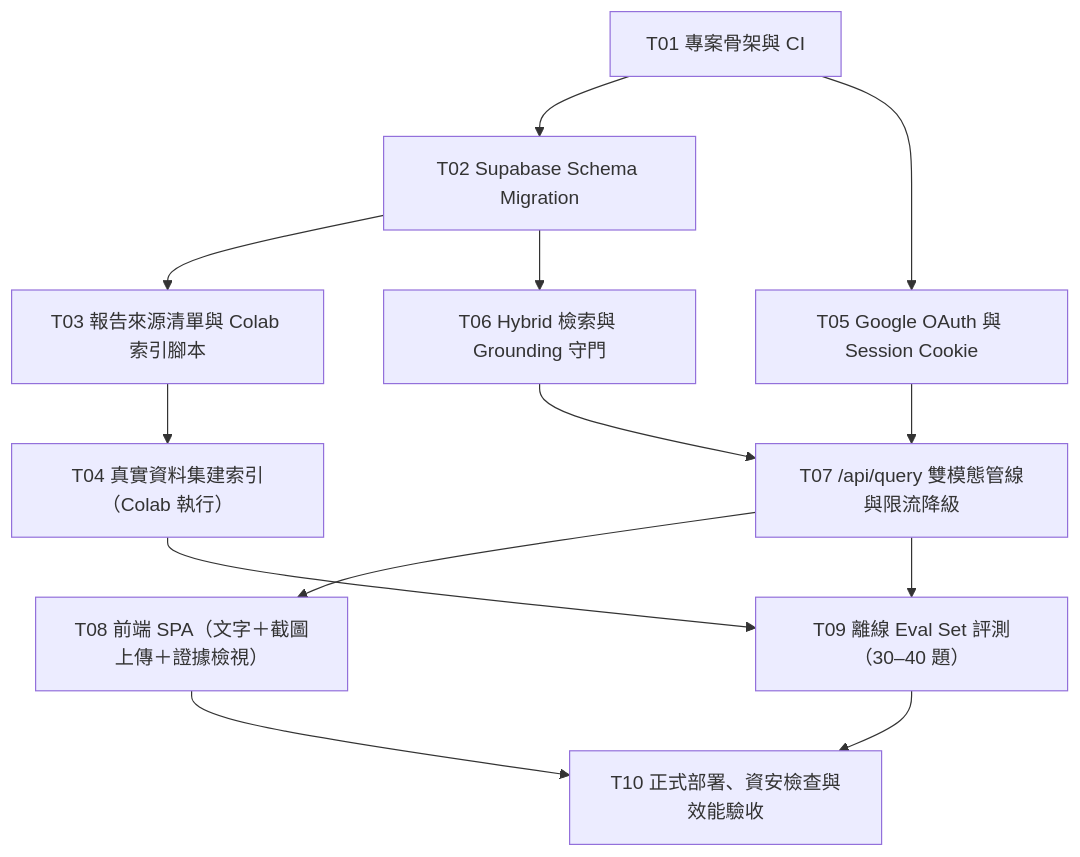
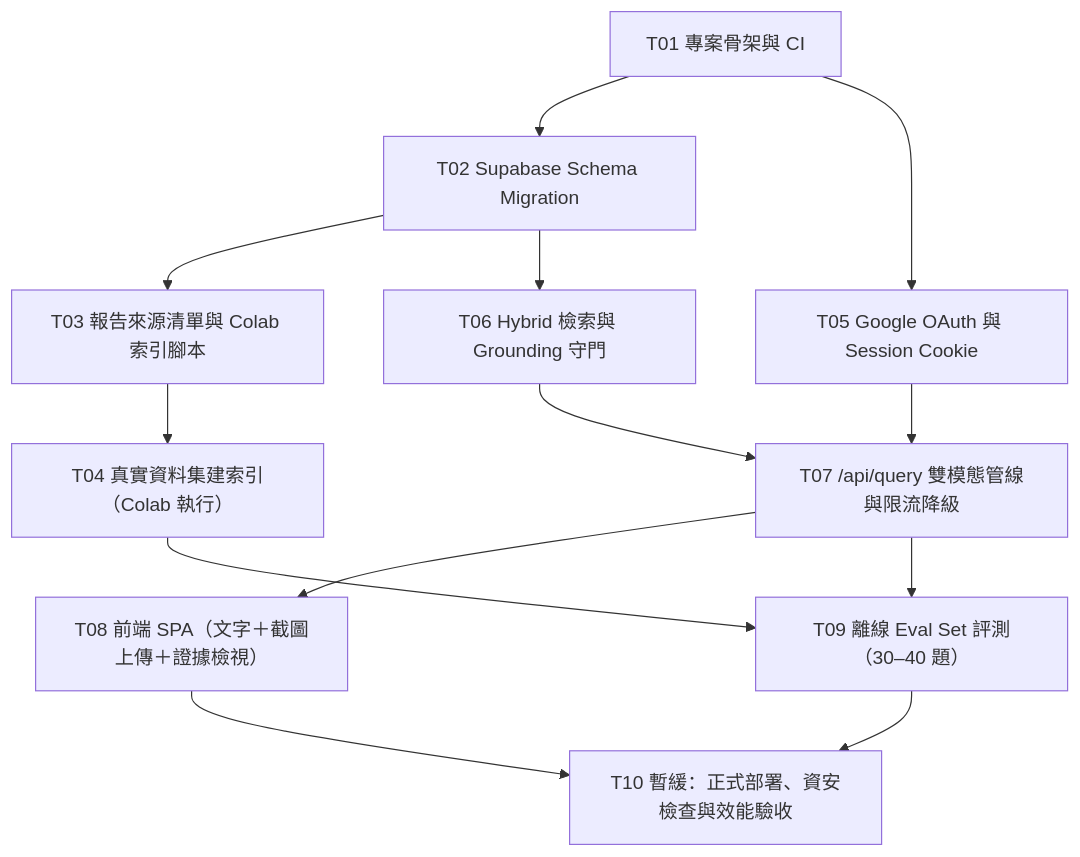
The second of 2 diagrams in docs/03-system-design.md (frobel0520/Multi-Modal-RAG), drawn with Mermaid before and after one commit. The commit also changed other lines of this file and 5 other files, not shown here.

````diff
--- a/docs/03-system-design.md
+++ b/docs/03-system-design.md
@@ -144,15 +146,15 @@
 ```mermaid
 flowchart TD
   T01["T01 專案骨架與 CI"] --> T02["T02 Supabase Schema Migration"]
   T01 --> T05["T05 Google OAuth 與 Session Cookie"]
   T02 --> T03["T03 報告來源清單與 Colab 索引腳本"]
   T03 --> T04["T04 真實資料集建索引（Colab 執行）"]
   T02 --> T06["T06 Hybrid 檢索與 Grounding 守門"]
   T05 --> T07["T07 /api/query 雙模態管線與限流降級"]
   T06 --> T07
   T07 --> T08["T08 前端 SPA（文字＋截圖上傳＋證據檢視）"]
   T04 --> T09["T09 離線 Eval Set 評測（30–40 題）"]
   T07 --> T09
-  T08 --> T10["T10 正式部署、資安檢查與效能驗收"]
+  T08 --> T10["T10 暫緩：正式部署、資安檢查與效能驗收"]
   T09 --> T10
 ```
````
